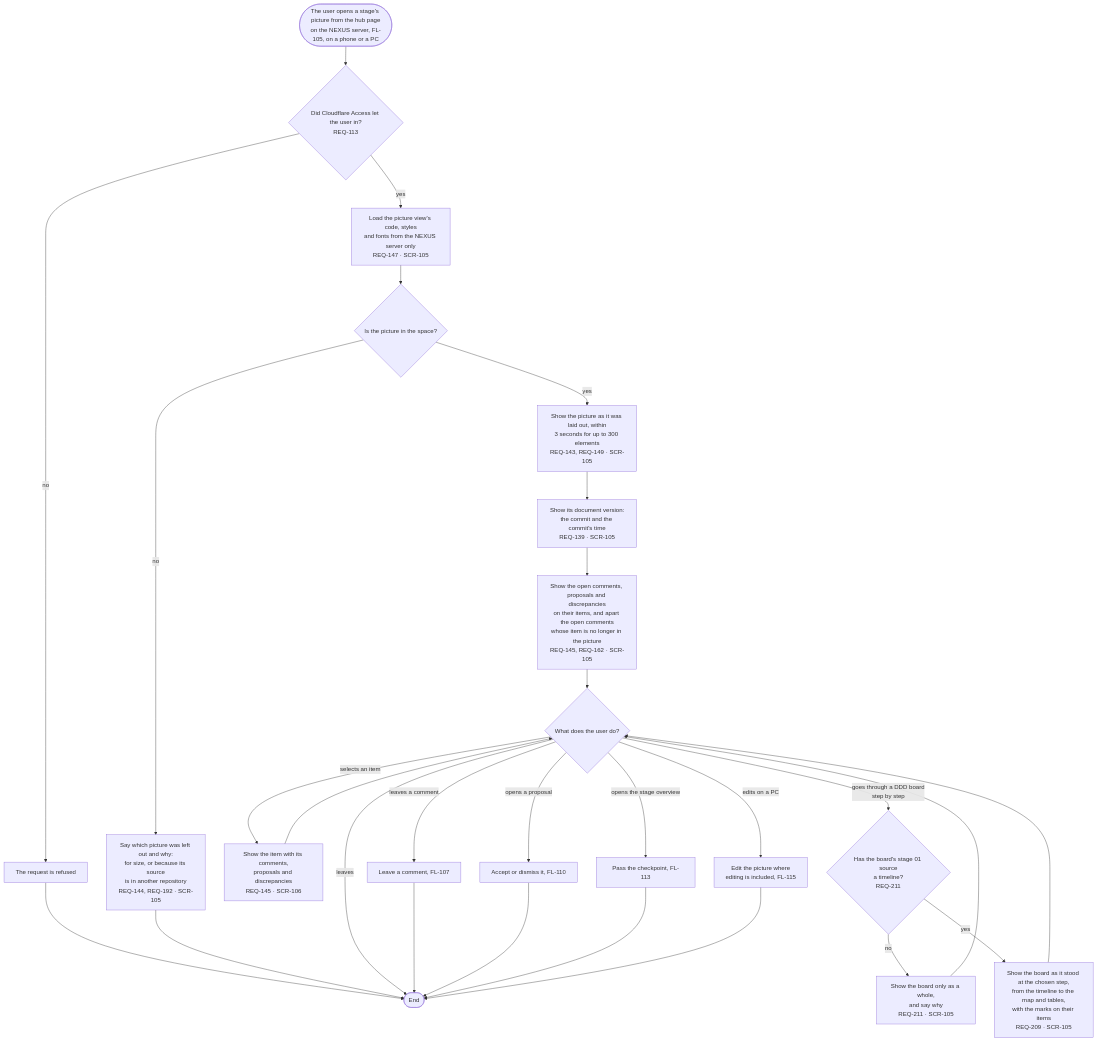
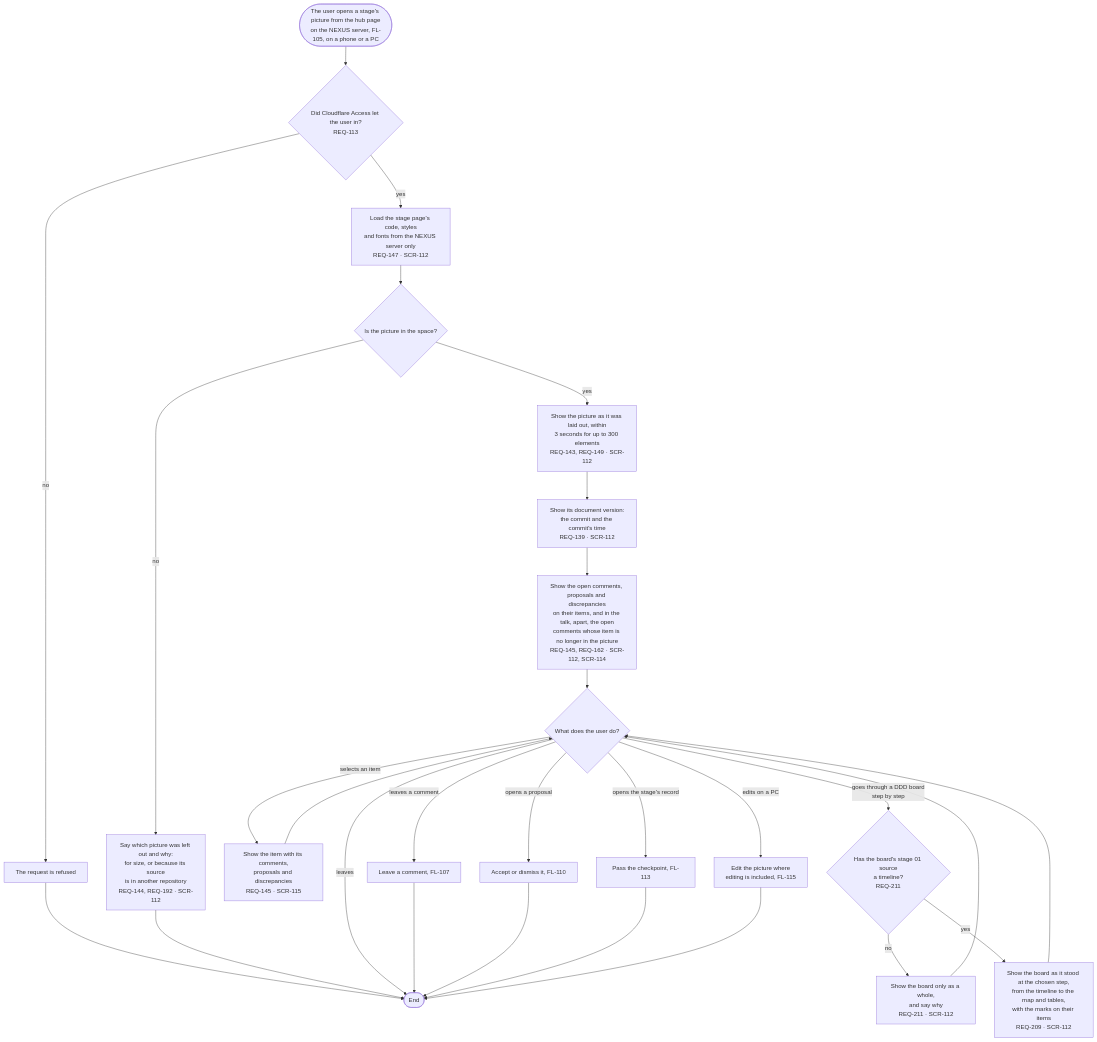
The diagram in docs/03-user-flow/nexus/FL-106-look-at-a-picture.md (kodonghui/corthex-nexus), drawn with Mermaid before and after one commit. The commit also changed other lines of this file and 19 other files, not shown here.

First line of the commit message:
docs(nexus): remove 0.2's screens from the sitemap and name the redesign's in five flows (TASK-278)

````diff
--- a/docs/03-user-flow/nexus/FL-106-look-at-a-picture.md
+++ b/docs/03-user-flow/nexus/FL-106-look-at-a-picture.md
@@ -9,30 +9,30 @@
 ```mermaid
 flowchart TD
   A(["The user opens a stage's picture from the hub page<br/>on the NEXUS server, FL-105, on a phone or a PC"]) --> B{"Did Cloudflare Access let the user in?<br/>REQ-113"}
   B -->|no| B1["The request is refused"]
   B1 --> Z(["End"])
-  B -->|yes| C["Load the picture view's code, styles<br/>and fonts from the NEXUS server only<br/>REQ-147 · SCR-105"]
+  B -->|yes| C["Load the stage page's code, styles<br/>and fonts from the NEXUS server only<br/>REQ-147 · SCR-112"]
   C --> D{"Is the picture in the space?"}
-  D -->|no| D1["Say which picture was left out and why:<br/>for size, or because its source<br/>is in another repository<br/>REQ-144, REQ-192 · SCR-105"]
+  D -->|no| D1["Say which picture was left out and why:<br/>for size, or because its source<br/>is in another repository<br/>REQ-144, REQ-192 · SCR-112"]
   D1 --> Z
-  D -->|yes| E["Show the picture as it was laid out, within<br/>3 seconds for up to 300 elements<br/>REQ-143, REQ-149 · SCR-105"]
-  E --> F["Show its document version:<br/>the commit and the commit's time<br/>REQ-139 · SCR-105"]
-  F --> G["Show the open comments, proposals and discrepancies<br/>on their items, and apart the open comments<br/>whose item is no longer in the picture<br/>REQ-145, REQ-162 · SCR-105"]
+  D -->|yes| E["Show the picture as it was laid out, within<br/>3 seconds for up to 300 elements<br/>REQ-143, REQ-149 · SCR-112"]
+  E --> F["Show its document version:<br/>the commit and the commit's time<br/>REQ-139 · SCR-112"]
+  F --> G["Show the open comments, proposals and discrepancies<br/>on their items, and in the talk, apart, the open<br/>comments whose item is no longer in the picture<br/>REQ-145, REQ-162 · SCR-112, SCR-114"]
   G --> I{"What does the user do?"}
-  I -->|selects an item| J["Show the item with its comments,<br/>proposals and discrepancies<br/>REQ-145 · SCR-106"]
+  I -->|selects an item| J["Show the item with its comments,<br/>proposals and discrepancies<br/>REQ-145 · SCR-115"]
   J --> I
   I -->|goes through a DDD board<br/>step by step| S{"Has the board's stage 01 source<br/>a timeline?<br/>REQ-211"}
-  S -->|no| S1["Show the board only as a whole,<br/>and say why<br/>REQ-211 · SCR-105"]
+  S -->|no| S1["Show the board only as a whole,<br/>and say why<br/>REQ-211 · SCR-112"]
   S1 --> I
-  S -->|yes| S2["Show the board as it stood at the chosen step,<br/>from the timeline to the map and tables,<br/>with the marks on their items<br/>REQ-209 · SCR-105"]
+  S -->|yes| S2["Show the board as it stood at the chosen step,<br/>from the timeline to the map and tables,<br/>with the marks on their items<br/>REQ-209 · SCR-112"]
   S2 --> I
   I -->|leaves a comment| K["Leave a comment, FL-107"]
   I -->|opens a proposal| L["Accept or dismiss it, FL-110"]
-  I -->|opens the stage overview| M["Pass the checkpoint, FL-113"]
+  I -->|opens the stage's record| M["Pass the checkpoint, FL-113"]
   I -->|edits on a PC| P["Edit the picture where<br/>editing is included, FL-115"]
   I -->|leaves| Z
   K --> Z
   L --> Z
   M --> Z
   P --> Z
 ```
````
